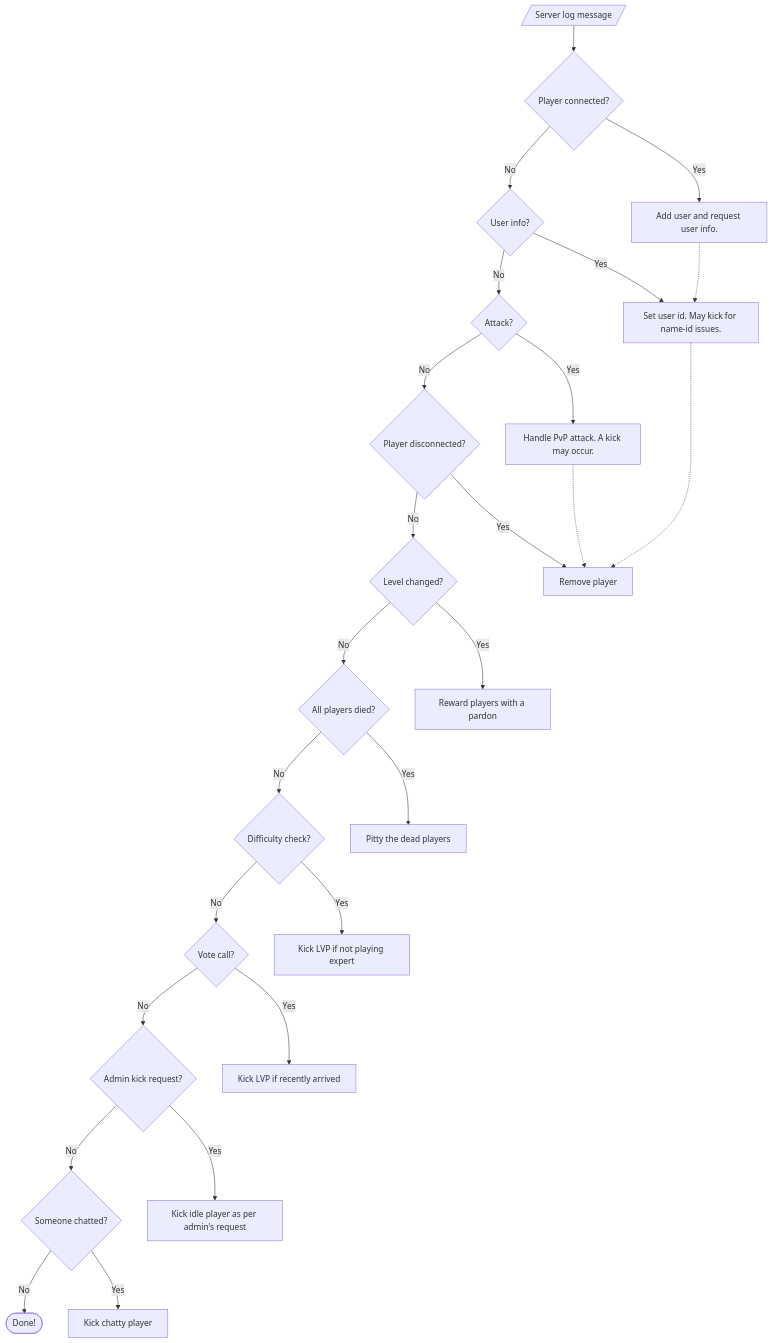
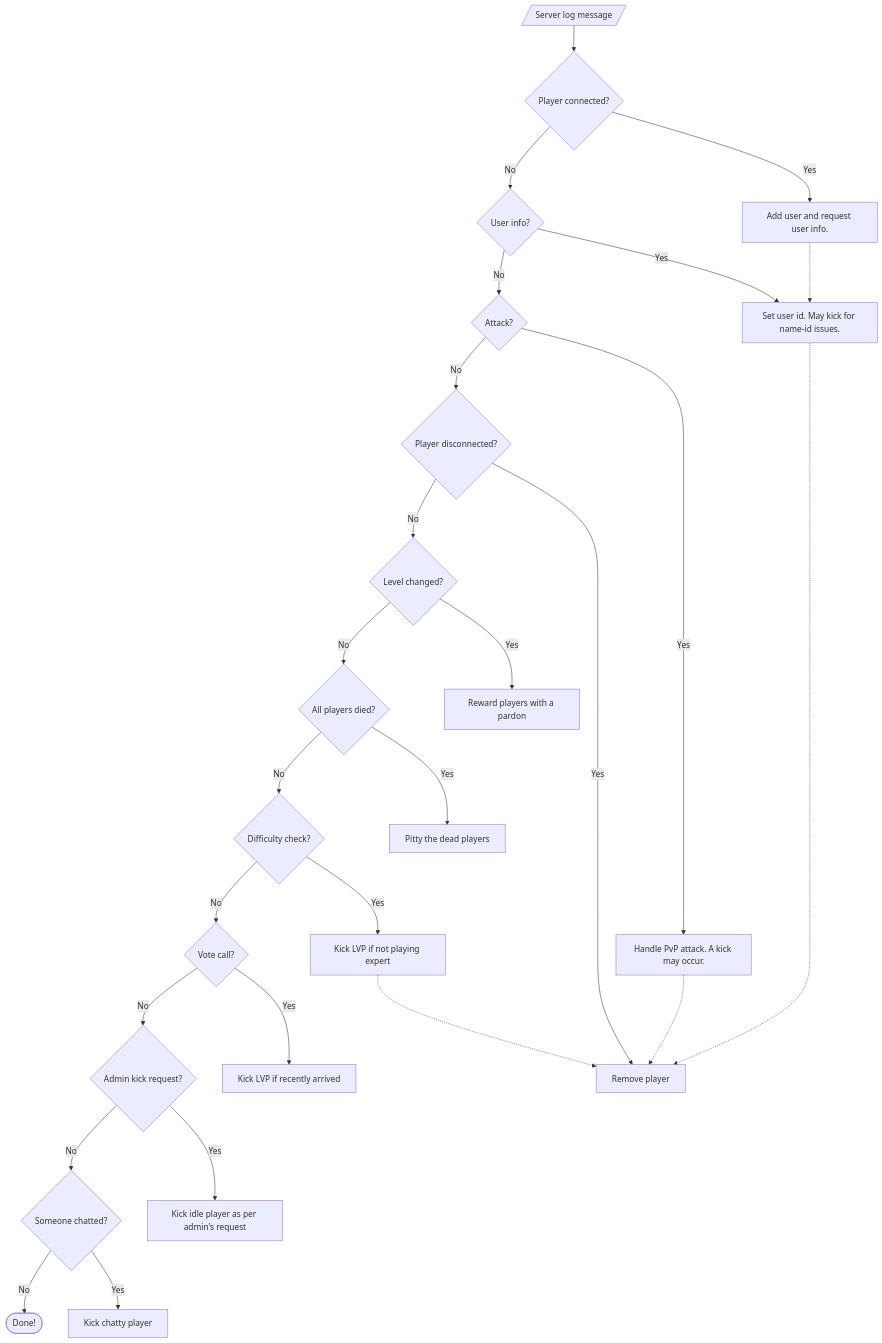
The diagram in README.md (carlosjhr64/l4d2-observer), drawn with Mermaid before and after one commit.

Commit message:
mermaid - dotted

````diff
--- a/README.md
+++ b/README.md
@@ -32,27 +32,28 @@
 ```mermaid
 flowchart TD;
   LogMsg[/Server log message/] --> Connected{Player connected?};
   Connected -->|No| UserInfo{User info?};
   Connected -->|Yes| ProcessConnected[Add user and request user info.];
   UserInfo -->|No| Attack{Attack?};
   UserInfo -->|Yes| ProcessUserInfo[Set user id. May kick for name-id issues.];
   ProcessConnected -.-> ProcessUserInfo;
   Attack -->|No| Dropped{Player disconnected?};
   Attack -->|Yes| ProcessAttack[Handle PvP attack. A kick may occur.]
   Dropped -->|No| ChangeLevel{Level changed?}
   Dropped -->|Yes| ProcessDropped[Remove player]
   ProcessUserInfo -.-> ProcessDropped
   ProcessAttack -.-> ProcessDropped
   ChangeLevel -->|No| InitDirectorScript{All players died?}
   ChangeLevel -->|Yes| ProcessChangeLevel[Reward players with a pardon]
   InitDirectorScript -->|No| DifficultyCheck{Difficulty check?}
   InitDirectorScript -->|Yes| ProcessInitDirectorScript[Pitty the dead players]
   DifficultyCheck -->|No| PotentialVote{Vote call?}
   DifficultyCheck -->|Yes| ProcessDifficultyCheck[Kick LVP if not playing expert] 
+  ProcessDifficultyCheck -.-> ProcessDropped
   PotentialVote --> |No| IdleKick{Admin kick request?}
   PotentialVote --> |Yes| ProcessPotentialVote[Kick LVP if recently arrived]
   IdleKick --> |No| Chat{Someone chatted?}
   IdleKick --> |Yes| ProcessIdleKick[Kick idle player as per admin's request]
   Chat --> |No| Stop([Done!])
   Chat --> |Yes| ProcessChat[Kick chatty player]
 ```
````
